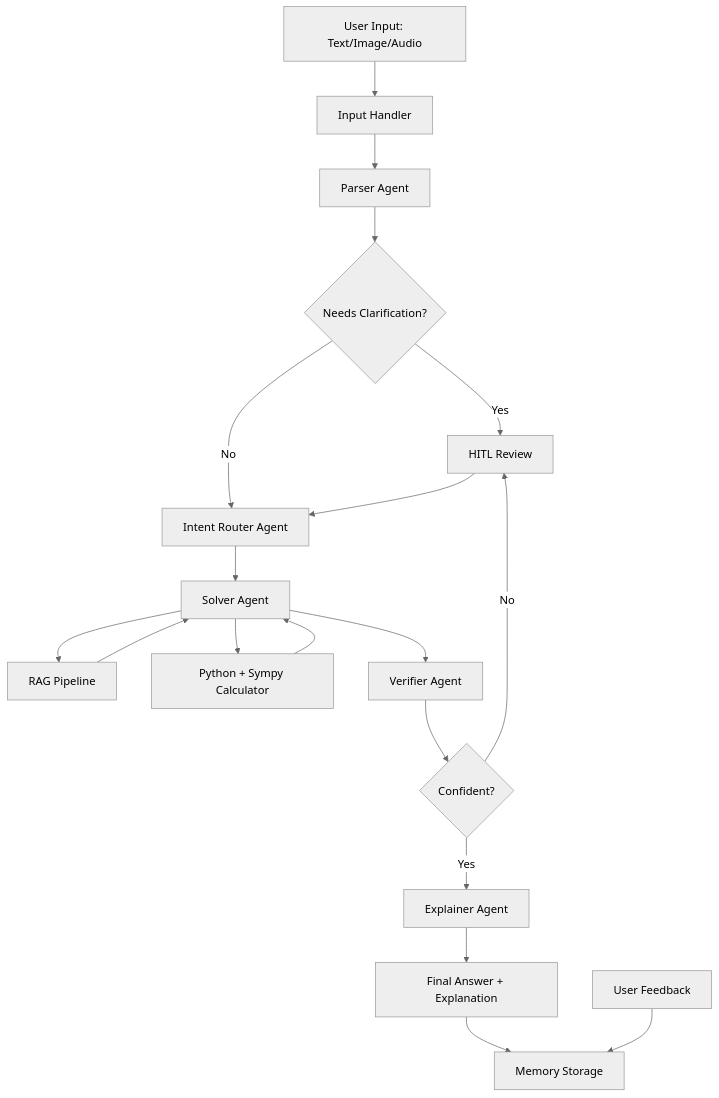
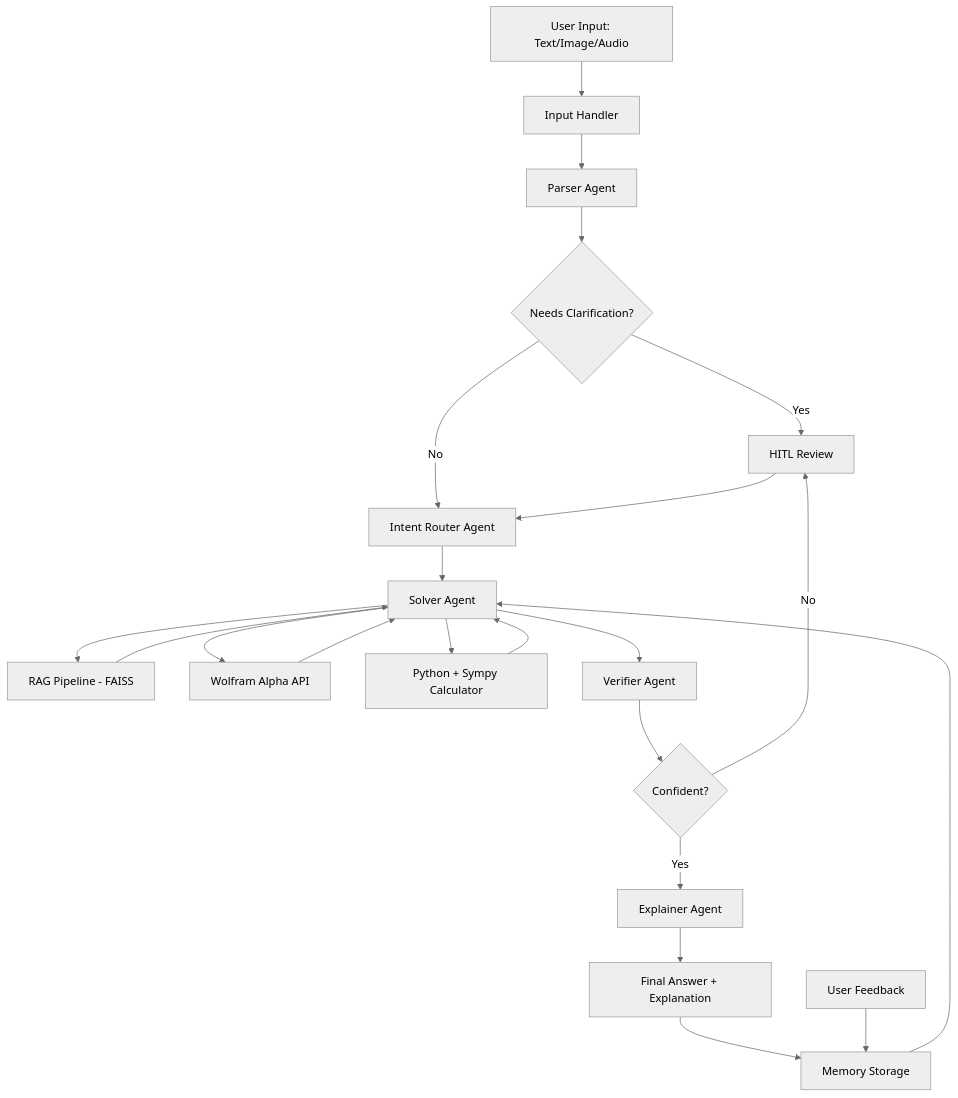
The diagram in README.md (Anushka1590/multimodal-math-mentor), drawn with Mermaid (neutral theme) before and after one commit. The commit also changed other lines of this file, not shown here.

````diff
--- a/README.md
+++ b/README.md
@@ -5,21 +8,24 @@
 ```mermaid
 graph TD
     A[User Input: Text/Image/Audio] --> B[Input Handler]
     B --> C[Parser Agent]
     C --> D{Needs Clarification?}
     D -->|Yes| E[HITL Review]
     D -->|No| F[Intent Router Agent]
     E --> F
     F --> G[Solver Agent]
-    G --> H[RAG Pipeline]
-    G --> I[Python + Sympy Calculator]
+    G --> H[RAG Pipeline - FAISS]
+    G --> I[Wolfram Alpha API]
+    G --> J[Python + Sympy Calculator]
     H --> G
     I --> G
-    G --> J[Verifier Agent]
-    J --> K{Confident?}
-    K -->|No| E
-    K -->|Yes| L[Explainer Agent]
-    L --> M[Final Answer + Explanation]
-    M --> N[Memory Storage]
-    O[User Feedback] --> N
+    J --> G
+    G --> K[Verifier Agent]
+    K --> L{Confident?}
+    L -->|No| E
+    L -->|Yes| M[Explainer Agent]
+    M --> N[Final Answer + Explanation]
+    N --> O[Memory Storage]
+    P[User Feedback] --> O
+    O --> G
 ```
````
